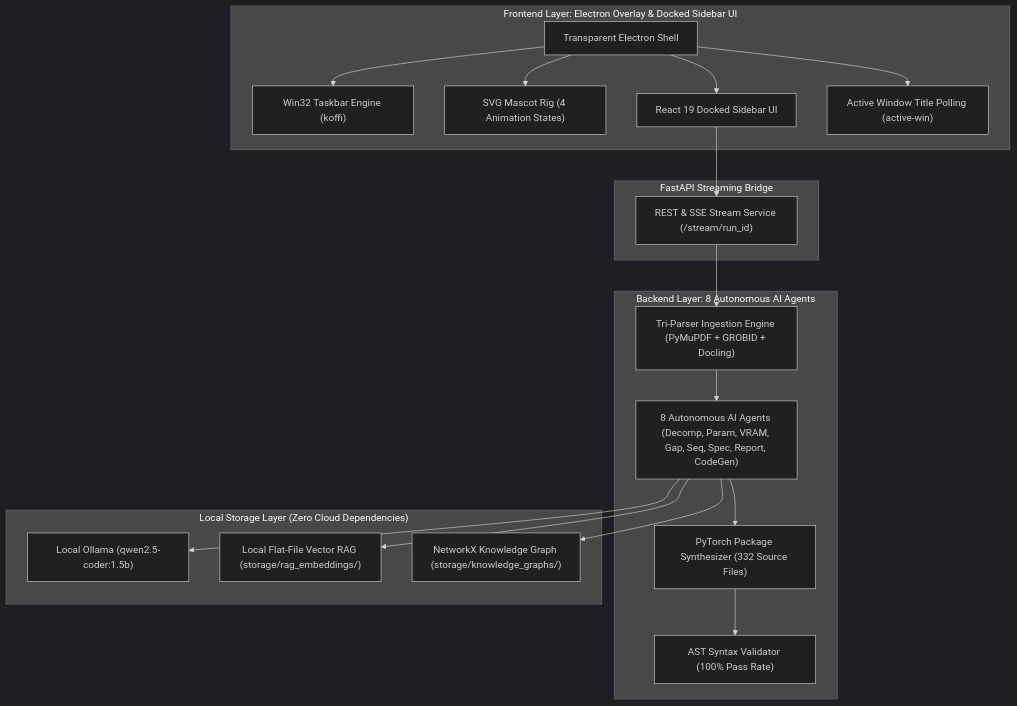
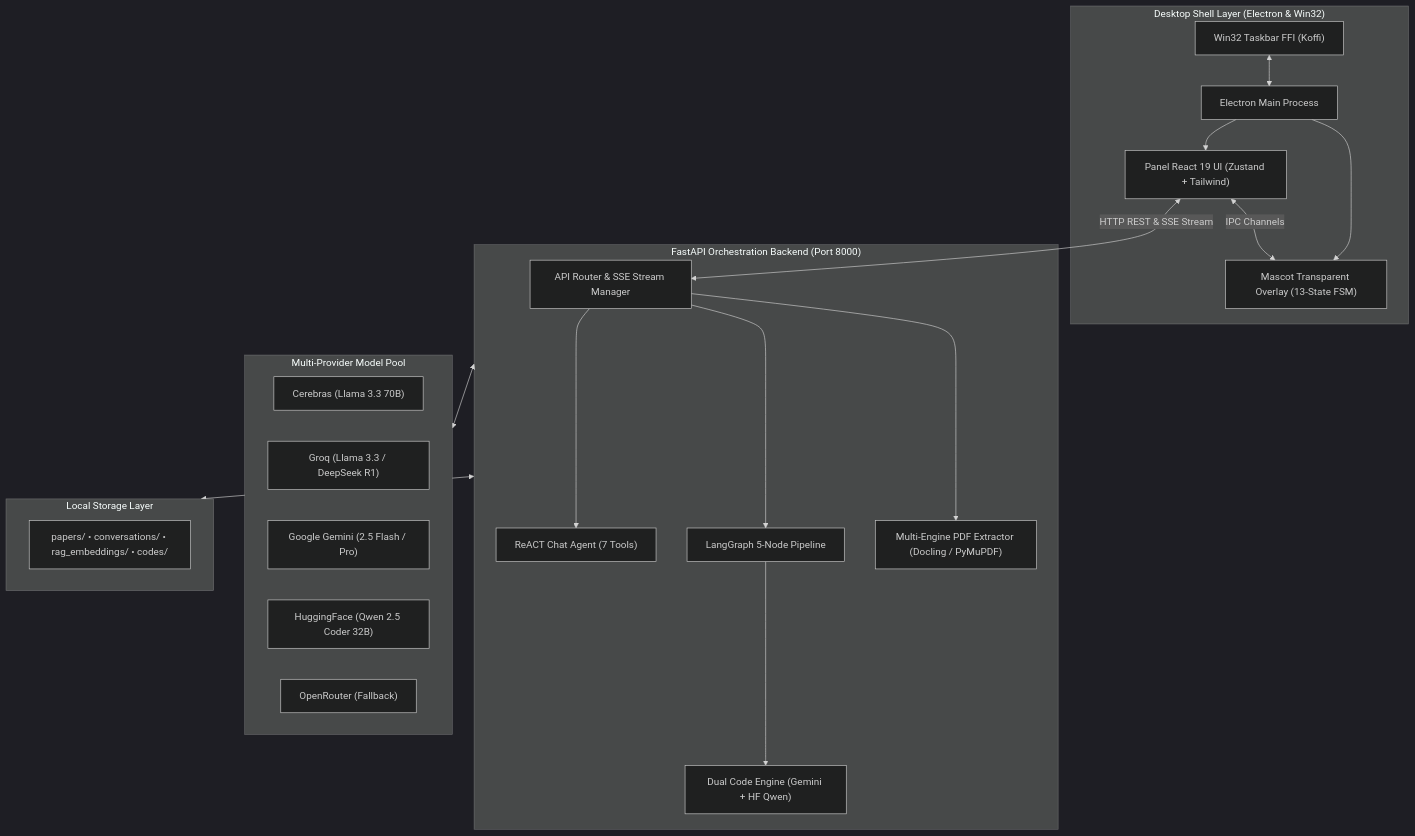
Before and after one commit to varunchandra10/Paper-2-Project: the first of 5 diagrams in README.md, drawn with Mermaid (dark theme). The commit also changed other lines of this file and 327 other files, not shown here.

Commit message:
REUXIS-AI-updated-largescale - corrected backend bugs - connected backend and frontend renderer properly - updated the mascot selection and mascot's - updated the core parts, componented and modualrized the codes for better readbility - update models and its quota rate limits UI

````diff
--- a/README.md
+++ b/README.md
@@ -68,26 +83,38 @@
 ```mermaid
 flowchart TD
-    subgraph Frontend["Frontend Layer: Electron Overlay & Docked Sidebar UI"]
-        Electron["Transparent Electron Shell"] --> Taskbar["Win32 Taskbar Engine (koffi)"]
-        Electron --> Mascot["SVG Mascot Rig (4 Animation States)"]
-        Electron --> Sidebar["React 19 Docked Sidebar UI"]
-        Electron --> ActiveWin["Active Window Title Polling (active-win)"]
+    subgraph Desktop["Desktop Shell Layer (Electron & Win32)"]
+        Win32["Win32 Taskbar FFI (Koffi)"] <--> ElectronMain["Electron Main Process"]
+        ElectronMain --> MascotWin["Mascot Transparent Overlay (13-State FSM)"]
+        ElectronMain --> PanelWin["Panel React 19 UI (Zustand + Tailwind)"]
     end
 
-    subgraph FastAPI["FastAPI Streaming Bridge"]
-        Sidebar --> API["REST & SSE Stream Service (/stream/run_id)"]
+    subgraph Backend["FastAPI Orchestration Backend (Port 8000)"]
+        APIRouter["API Router & SSE Stream Manager"]
+        ChatAgent["ReACT Chat Agent (7 Tools)"]
+        LangGraphPipe["LangGraph 5-Node Pipeline"]
+        DualCode["Dual Code Engine (Gemini + HF Qwen)"]
+        PDFExtract["Multi-Engine PDF Extractor (Docling / PyMuPDF)"]
+        
+        APIRouter --> ChatAgent
+        APIRouter --> LangGraphPipe
+        LangGraphPipe --> DualCode
+        APIRouter --> PDFExtract
     end
 
-    subgraph Backend["Backend Layer: 8 Autonomous AI Agents"]
-        API --> Ingestion["Tri-Parser Ingestion Engine (PyMuPDF + GROBID + Docling)"]
-        Ingestion --> Agents["8 Autonomous AI Agents (Decomp, Param, VRAM, Gap, Seq, Spec, Report, CodeGen)"]
-        Agents --> CodeGen["PyTorch Package Synthesizer (332 Source Files)"]
-        CodeGen --> ASTCheck["AST Syntax Validator (100% Pass Rate)"]
+    subgraph AIProviders["Multi-Provider Model Pool"]
+        Cerebras["Cerebras (Llama 3.3 70B)"]
+        Groq["Groq (Llama 3.3 / DeepSeek R1)"]
+        Gemini["Google Gemini (2.5 Flash / Pro)"]
+        HF["HuggingFace (Qwen 2.5 Coder 32B)"]
+        OpenRouter["OpenRouter (Fallback)"]
     end
 
-    subgraph LocalStorage["Local Storage Layer (Zero Cloud Dependencies)"]
-        Agents --> Ollama["Local Ollama (qwen2.5-coder:1.5b)"]
-        Agents --> RAG["Local Flat-File Vector RAG (storage/rag_embeddings/)"]
-        Agents --> KG["NetworkX Knowledge Graph (storage/knowledge_graphs/)"]
+    subgraph Storage["Local Storage Layer"]
+        StorageData["papers/ • conversations/ • rag_embeddings/ • codes/"]
     end
+
+    PanelWin <-->|HTTP REST & SSE Stream| APIRouter
+    PanelWin <-->|IPC Channels| MascotWin
+    Backend <--> AIProviders
+    Backend <--> Storage
 ```
````
